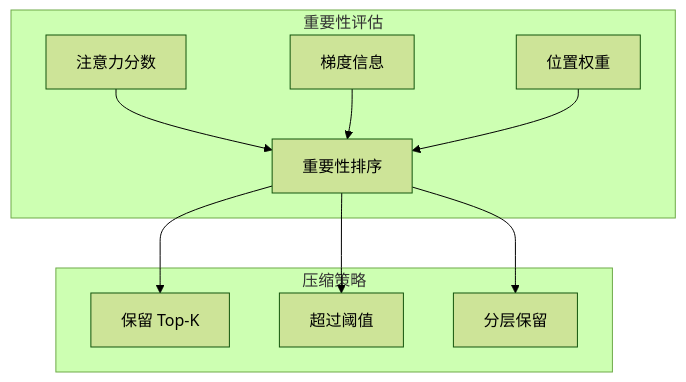
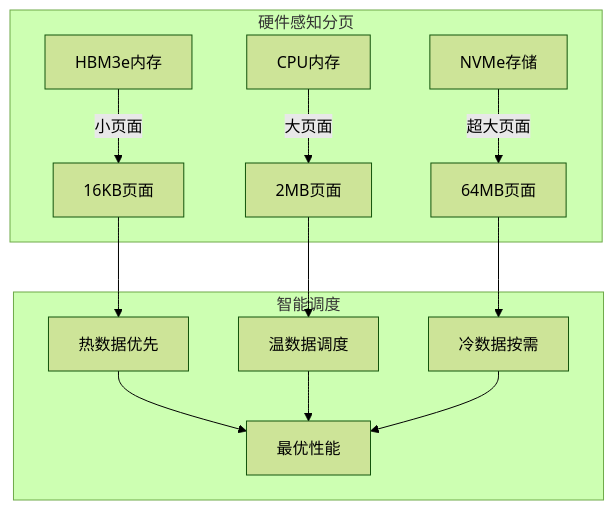
One commit to Xunzhuo/mini-sglang changed the eighth of 13 diagrams in learning/website/docs/basics/15-kv-cache.md. Above: the diagram before and after it, drawn with Mermaid (forest theme). The commit also changed other lines of this file and 9 other files, not shown here.

````diff
--- a/learning/website/docs/basics/15-kv-cache.md
+++ b/learning/website/docs/basics/15-kv-cache.md
@@ -280,14 +393,18 @@
 ```mermaid
 graph TB
-    subgraph "重要性评估"
-        I1[注意力分数] --> Important[重要性排序]
-        I2[梯度信息] --> Important
-        I3[位置权重] --> Important
+    subgraph "硬件感知分页"
+        HBM[HBM3e内存] --> |小页面| P1[16KB页面]
+        DDR[CPU内存] --> |大页面| P2[2MB页面]
+        NVMe[NVMe存储] --> |超大页面| P3[64MB页面]
     end
     
-    subgraph "压缩策略"
-        Important --> TopK[保留 Top-K]
-        Important --> Threshold[超过阈值]
-        Important --> Layerwise[分层保留]
+    subgraph "智能调度"
+        P1 --> Hot[热数据优先]
+        P2 --> Warm[温数据调度]
+        P3 --> Cold[冷数据按需]
+        
+        Hot --> Optimal[最优性能]
+        Warm --> Optimal
+        Cold --> Optimal
     end
 ```
````
